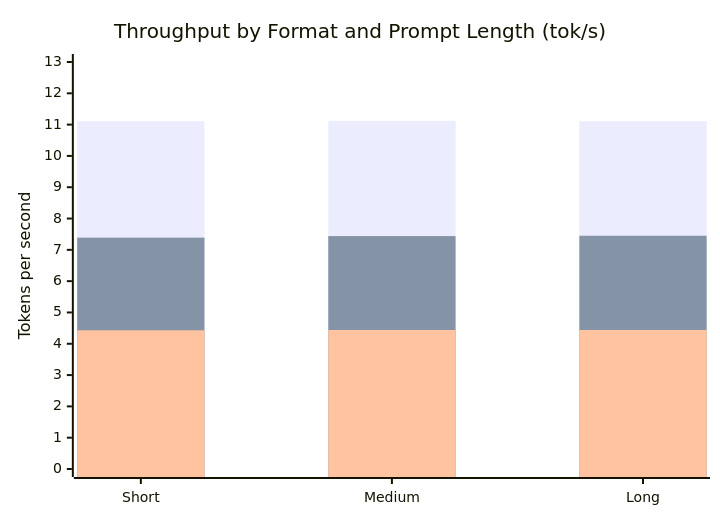
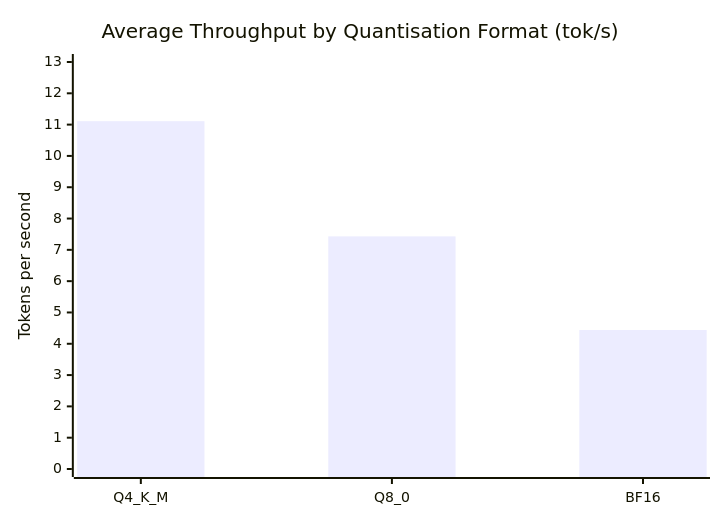
Before and after one commit to nolan1983ai-prog/my-ai-johnny: the first of 5 diagrams in notes/note-006.md, drawn with Mermaid. The commit also changed other lines of this file, not shown here.

Commit message:
fix: note-006 — replace multi-series throughput chart with simplified format comparison

````diff
--- a/notes/note-006.md
+++ b/notes/note-006.md
@@ -32,9 +32,7 @@
 ```mermaid
 xychart-beta
-    title "Throughput by Format and Prompt Length (tok/s)"
-    x-axis ["Short", "Medium", "Long"]
+    title "Average Throughput by Quantisation Format (tok/s)"
+    x-axis ["Q4_K_M", "Q8_0", "BF16"]
     y-axis "Tokens per second" 0 --> 13
-    bar [11.11, 11.12, 11.11]
-    bar [7.39, 7.44, 7.45]
-    bar [4.43, 4.44, 4.44]
+    bar [11.11, 7.43, 4.44]
 ```
````
